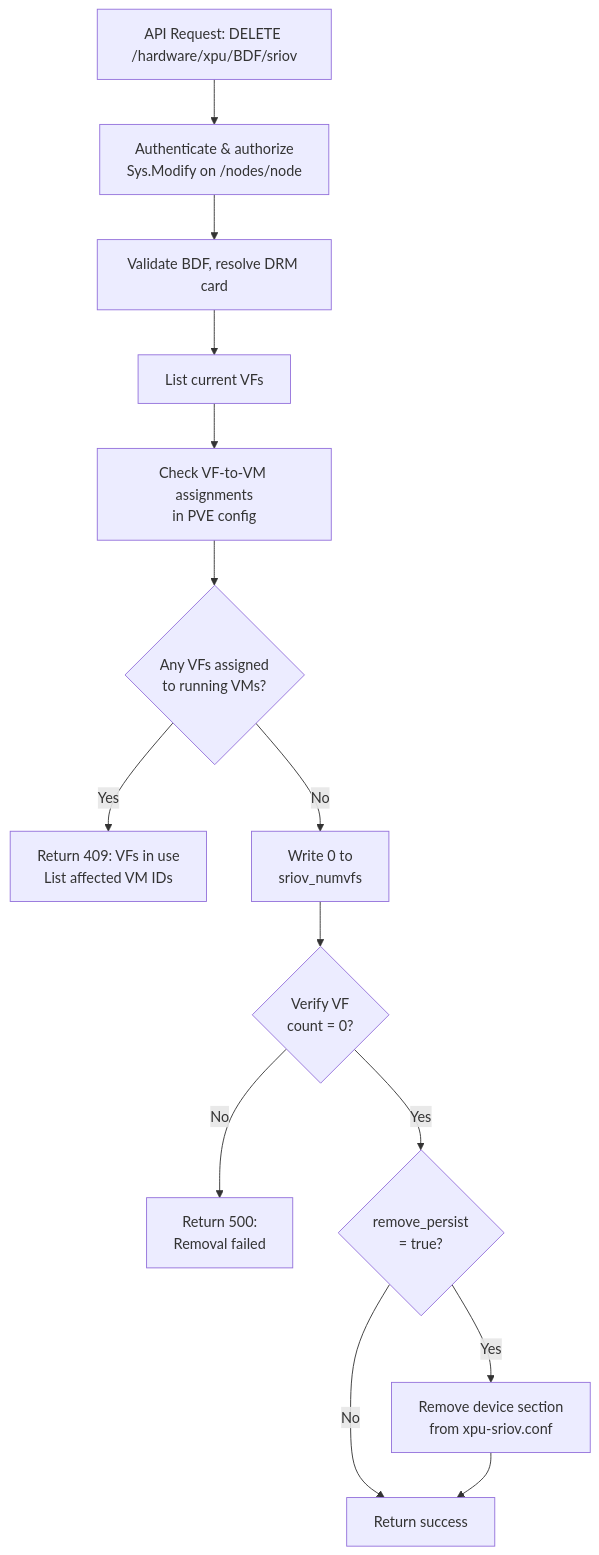
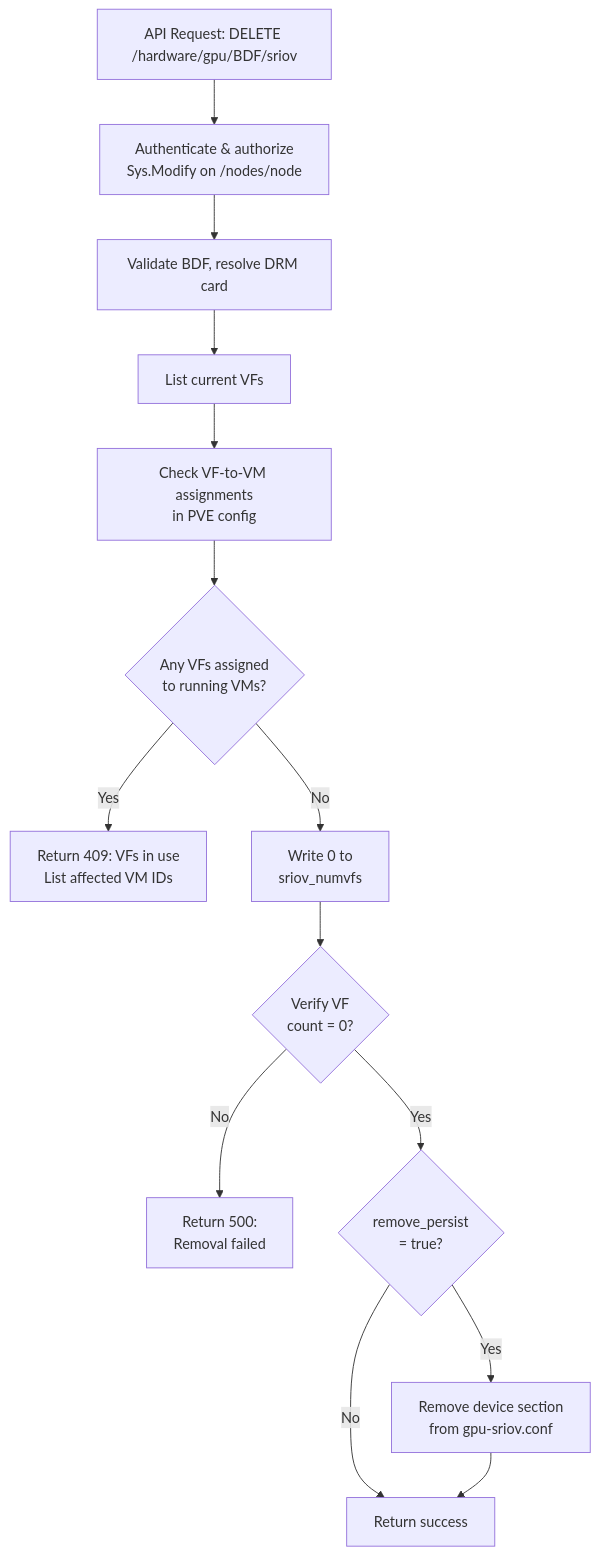
The fourth of 11 diagrams in docs/designs.md (Azerothian/pmx-gpu-manager), drawn with Mermaid before and after one commit. The commit also changed other lines of this file and 17 other files, not shown here.

First line of the commit message:
Rename Perl modules and API routes from XPU to GPU

````diff
--- a/docs/designs.md
+++ b/docs/designs.md
@@ -246,16 +246,16 @@
 ```mermaid
 flowchart TD
-    A[API Request: DELETE /hardware/xpu/BDF/sriov] --> B[Authenticate & authorize<br/>Sys.Modify on /nodes/node]
+    A[API Request: DELETE /hardware/gpu/BDF/sriov] --> B[Authenticate & authorize<br/>Sys.Modify on /nodes/node]
     B --> C[Validate BDF, resolve DRM card]
     C --> D[List current VFs]
     D --> E[Check VF-to-VM assignments<br/>in PVE config]
     E --> F{Any VFs assigned<br/>to running VMs?}
     F -- Yes --> G[Return 409: VFs in use<br/>List affected VM IDs]
     F -- No --> H[Write 0 to<br/>sriov_numvfs]
     H --> I{Verify VF<br/>count = 0?}
     I -- No --> J[Return 500:<br/>Removal failed]
     I -- Yes --> K{remove_persist<br/>= true?}
-    K -- Yes --> L[Remove device section<br/>from xpu-sriov.conf]
+    K -- Yes --> L[Remove device section<br/>from gpu-sriov.conf]
     K -- No --> M[Return success]
     L --> M
 ```
````
